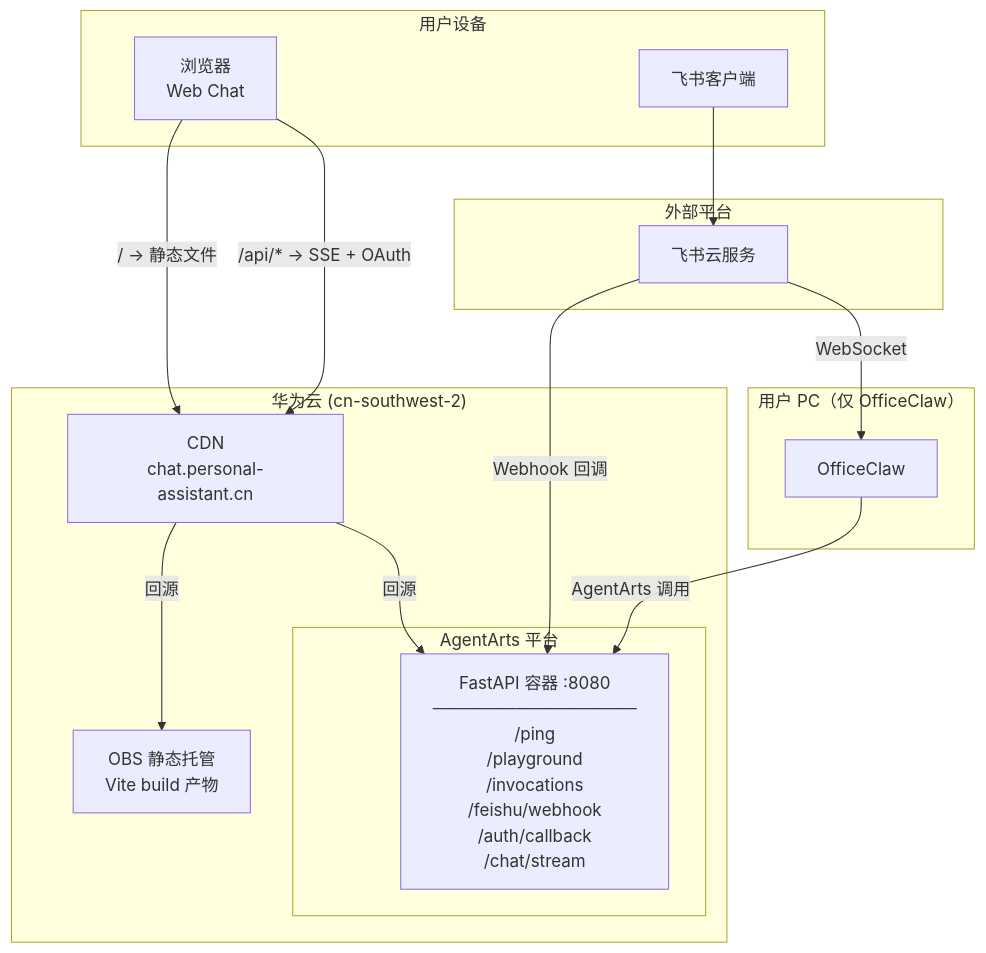
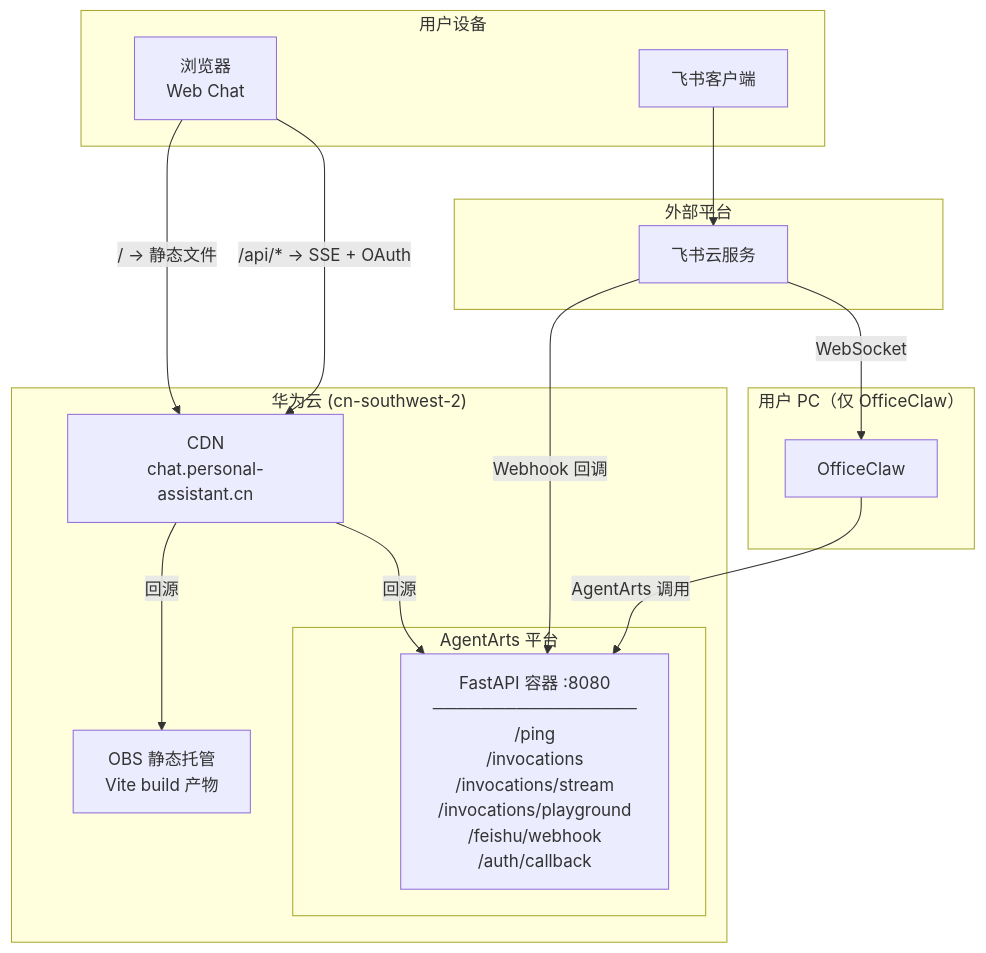
The seventh of 8 diagrams in personal-assistant-meta/architecture/frontend_architecture.md (T-1009/personal-assistant), drawn with Mermaid before and after one commit. The commit also changed other lines of this file and 1 other file, not shown here.

Commit message:
docs: update architecture docs routes to /invocations/* paths

````diff
--- a/personal-assistant-meta/architecture/frontend_architecture.md
+++ b/personal-assistant-meta/architecture/frontend_architecture.md
@@ -225,32 +226,32 @@
 ```mermaid
 flowchart TB
     subgraph UserDevices["用户设备"]
         Browser["浏览器<br/>Web Chat"]
         FeishuApp["飞书客户端"]
     end
 
     subgraph ExternalPlatforms["外部平台"]
         FeishuCloud["飞书云服务"]
     end
 
     subgraph UserPC["用户 PC（仅 OfficeClaw）"]
         OC["OfficeClaw"]
     end
 
     subgraph HuaweiCloud["华为云 (cn-southwest-2)"]
         CDN["CDN<br/>chat.personal-assistant.cn"]
         OBS["OBS 静态托管<br/>Vite build 产物"]
         subgraph AgentArts["AgentArts 平台"]
-            FastAPI["FastAPI 容器 :8080<br/>─────────────────<br/>/ping<br/>/playground<br/>/invocations<br/>/feishu/webhook<br/>/auth/callback<br/>/chat/stream"]
+            FastAPI["FastAPI 容器 :8080<br/>─────────────────<br/>/ping<br/>/invocations<br/>/invocations/stream<br/>/invocations/playground<br/>/feishu/webhook<br/>/auth/callback"]
         end
     end
 
     Browser -->|"/ → 静态文件"| CDN
     CDN -->|"回源"| OBS
     Browser -->|"/api/* → SSE + OAuth"| CDN
     CDN -->|"回源"| FastAPI
     FeishuApp --> FeishuCloud
     FeishuCloud -->|"Webhook 回调"| FastAPI
     FeishuCloud -->|"WebSocket"| OC
     OC -->|"AgentArts 调用"| FastAPI
 ```
````
